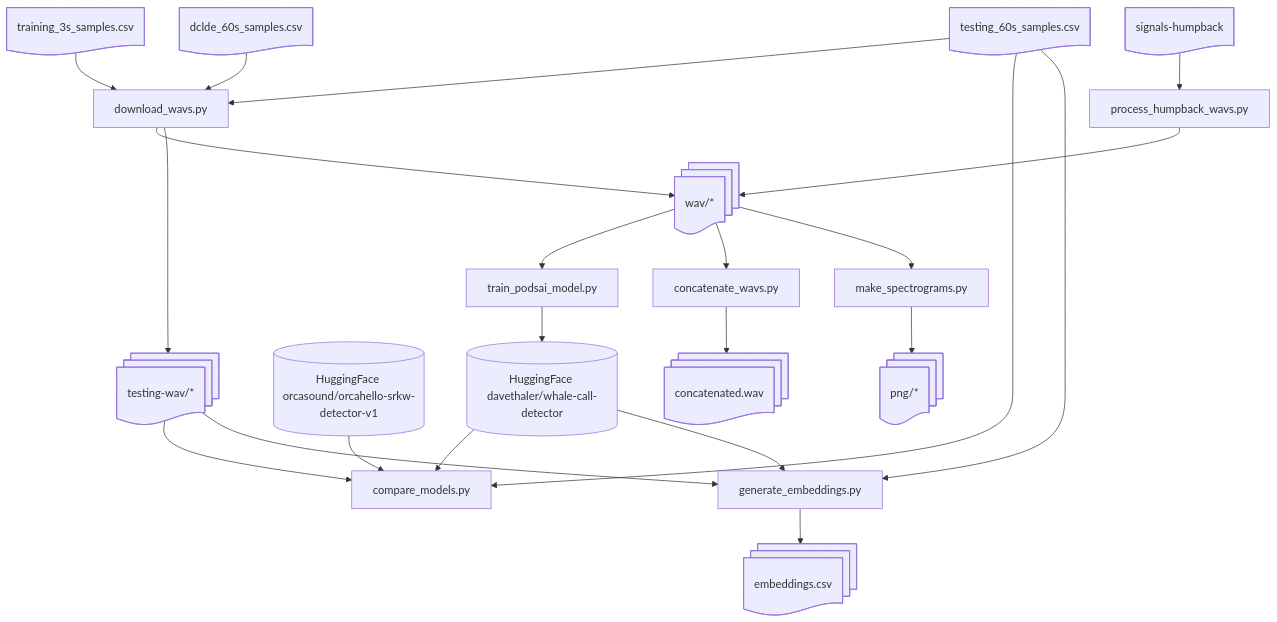
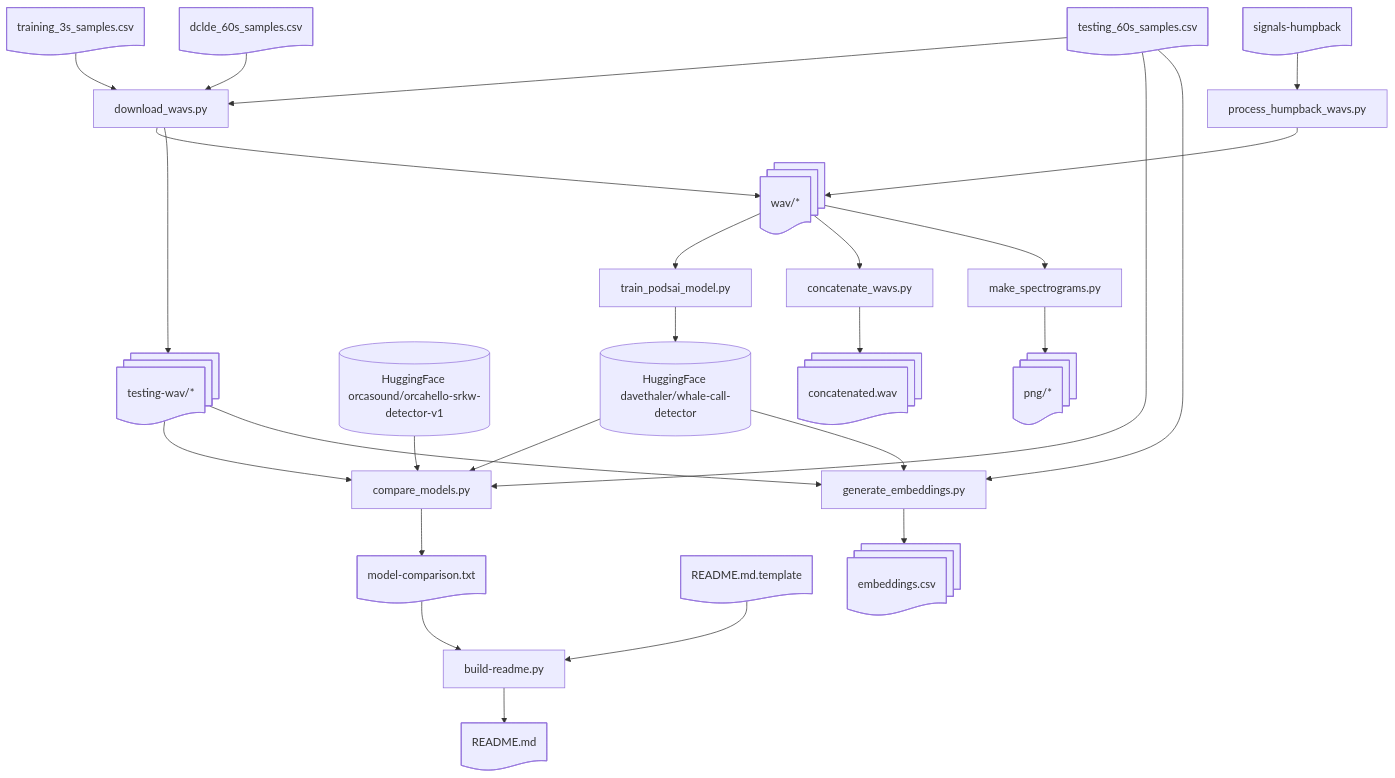
The diagram in README.md (orcasound/pods-ai), drawn with Mermaid before and after one commit. The commit also changed other lines of this file and 7 other files, not shown here.

First line of the commit message:
Generate README.md from a template and model comparison (#565)

````diff
--- a/README.md
+++ b/README.md
@@ -236,40 +238,47 @@
 ```mermaid
 flowchart TD;
     podsaiModel[(HuggingFace davethaler/whale-call-detector)];
     orcaHelloModel[(HuggingFace orcasound/orcahello-srkw-detector-v1)];
     trainingSamples@{ shape: doc, label: "training_3s_samples.csv" };
     testingSamples@{ shape: doc, label: "testing_60s_samples.csv" };
     dcldeSamples@{ shape: doc, label: "dclde_60s_samples.csv" };
     signalsHumpback@{ shape: doc, label: "signals-humpback" };
     wav@{ shape: docs, label: "wav/*" };
     testingWav@{ shape: docs, label: "testing-wav/*" };
+    modelComparison@{ shape: doc, label: "model-comparison.txt" };
+    readmeTemplate@{ shape: doc, label: "README.md.template" };
+    readme@{ shape: doc, label: "README.md" };
     concatenated@{ shape: docs, label: "concatenated.wav" };
     png@{ shape: docs, label: "png/*" };
     embeddings@{ shape: docs, label: "embeddings.csv" };
 
     downloadWavs@{ shape: rect, label: "download_wavs.py" };
     processHumpbackWavs@{ shape: rect, label: "process_humpback_wavs.py" };
     trainPodsaiModel@{ shape: rect, label: "train_podsai_model.py" };
     compareModels@{ shape: rect, label: "compare_models.py" };
+    buildReadme@{ shape: rect, label: "build-readme.py" };
     concatenateWavs@{ shape: rect, label: "concatenate_wavs.py" };
     makeSpectrograms@{ shape: rect, label: "make_spectrograms.py" };
     generateEmbeddings@{ shape: rect, label: "generate_embeddings.py" };
 
     trainingSamples-->downloadWavs-->wav;
     signalsHumpback-->processHumpbackWavs-->wav;
     dcldeSamples-->downloadWavs;
     testingSamples-->downloadWavs-->testingWav;
 
     wav-->trainPodsaiModel-->podsaiModel;
 
     podsaiModel-->compareModels;
     testingSamples-->compareModels;
     testingWav-->compareModels;
     orcaHelloModel-->compareModels;
+    compareModels-->modelComparison;
+    modelComparison-->buildReadme;
+    readmeTemplate-->buildReadme-->readme;
 
     wav-->concatenateWavs-->concatenated;
     wav-->makeSpectrograms-->png;
     podsaiModel-->generateEmbeddings;
     testingSamples-->generateEmbeddings;
     testingWav-->generateEmbeddings-->embeddings;
 ```
````
